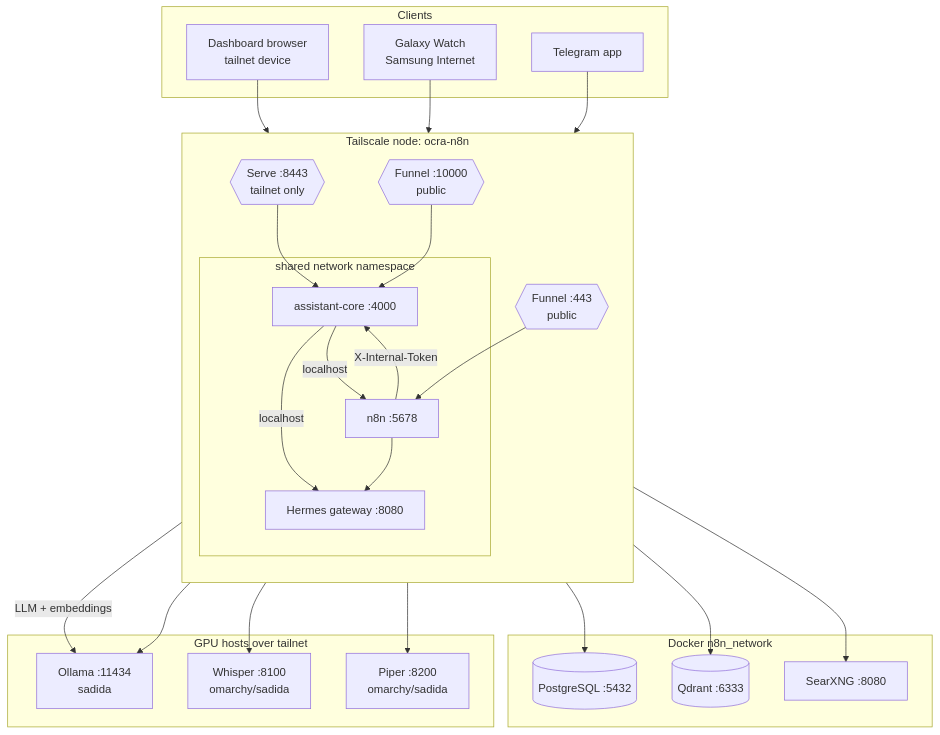
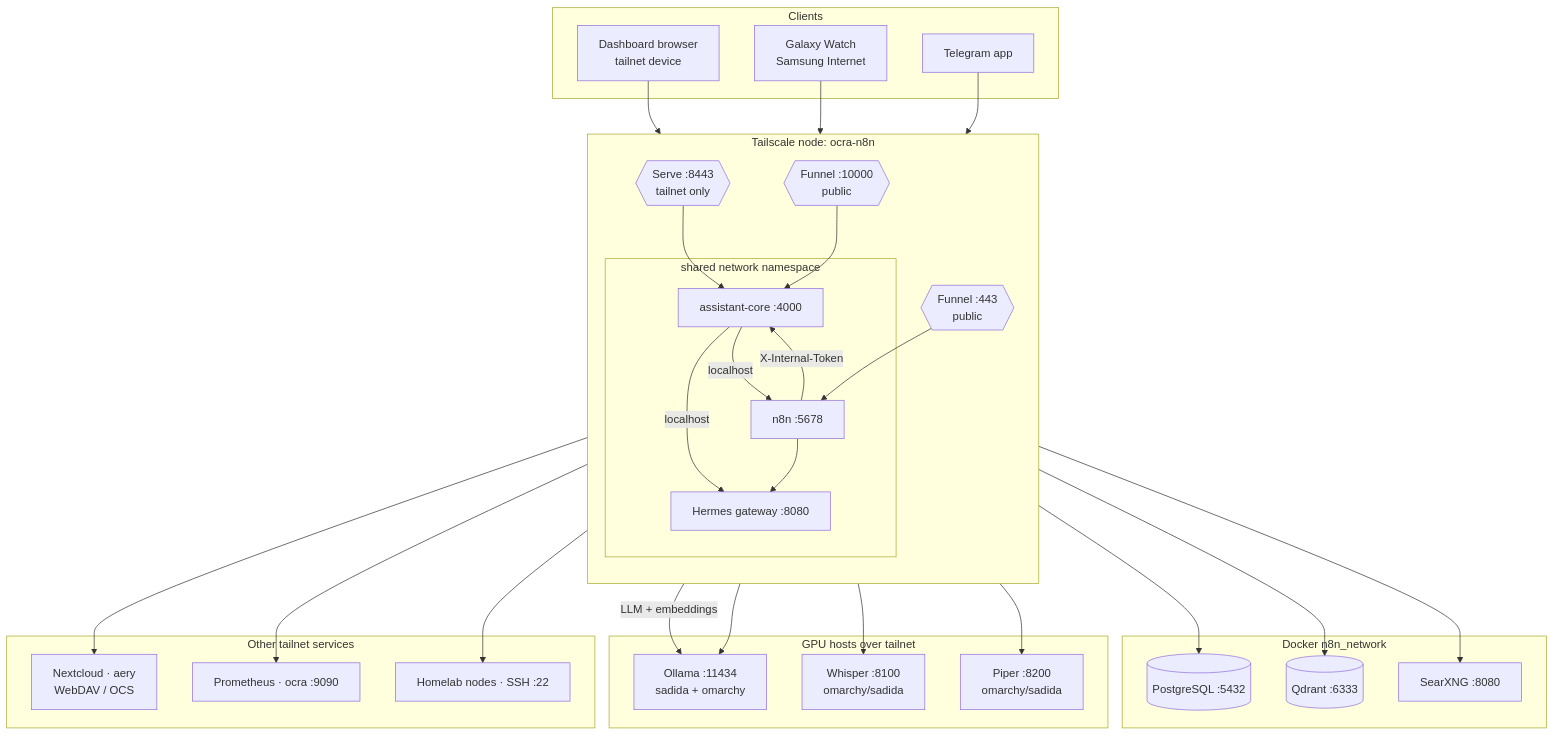
One commit to SethSterling22/Productivity_Tools changed the first of 11 diagrams in docs/ARCHITECTURE.md. Above: the diagram before and after it, drawn with Mermaid. The commit also changed other lines of this file and 6 other files, not shown here.

````diff
--- a/docs/ARCHITECTURE.md
+++ b/docs/ARCHITECTURE.md
@@ -33,49 +36,58 @@
 ```mermaid
 flowchart TB
   subgraph clients[Clients]
     dash[Dashboard browser<br/>tailnet device]
     watch[Galaxy Watch<br/>Samsung Internet]
     tg[Telegram app]
   end
 
   subgraph ts[Tailscale node: ocra-n8n]
     direction TB
     funnel443{{Funnel :443<br/>public}}
     serve8443{{Serve :8443<br/>tailnet only}}
     funnel10000{{Funnel :10000<br/>public}}
 
     subgraph netns[shared network namespace]
       ac[assistant-core :4000]
       n8n[n8n :5678]
       hermes[Hermes gateway :8080]
     end
   end
 
   subgraph dnet[Docker n8n_network]
     pg[(PostgreSQL :5432)]
     qd[(Qdrant :6333)]
     sx[SearXNG :8080]
   end
 
   subgraph gpu[GPU hosts over tailnet]
-    ollama[Ollama :11434<br/>sadida]
+    ollama[Ollama :11434<br/>sadida + omarchy]
     whisper[Whisper :8100<br/>omarchy/sadida]
     piper[Piper :8200<br/>omarchy/sadida]
+  end
+
+  subgraph ext[Other tailnet services]
+    nc[Nextcloud · aery<br/>WebDAV / OCS]
+    prom[Prometheus · ocra :9090]
+    nodes[Homelab nodes · SSH :22]
   end
 
   dash --> serve8443 --> ac
   watch --> funnel10000 --> ac
   tg --> funnel443 --> n8n
 
   ac -->|localhost| hermes
   ac -->|localhost| n8n
   ac --> pg
   ac --> qd
   ac --> sx
   ac -->|LLM + embeddings| ollama
   ac --> whisper
   ac --> piper
+  ac --> nc
+  ac --> prom
+  ac --> nodes
   n8n -->|X-Internal-Token| ac
   n8n --> hermes
   hermes --> ollama
 ```
````
